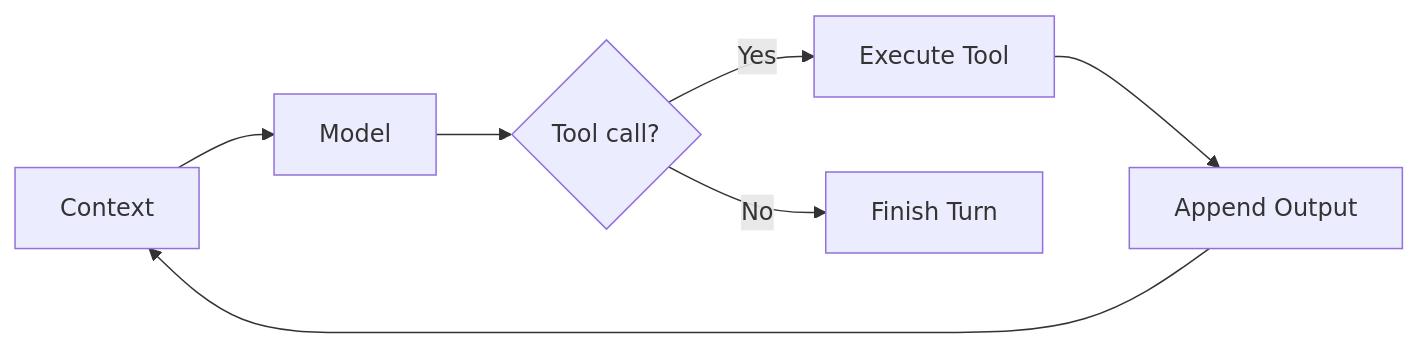
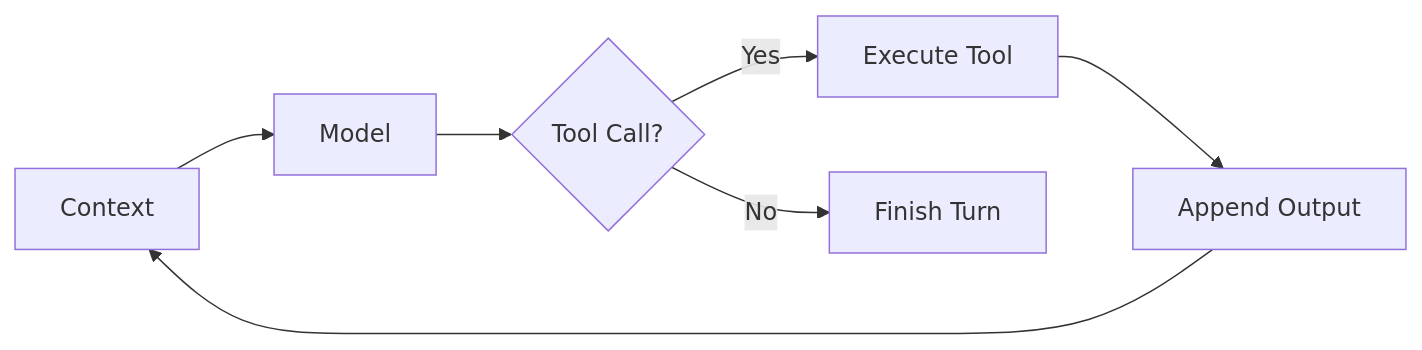
Before and after one commit to indigofeather/harness-book: the sixth of 9 diagrams in docs/comparison/codex-vs-deepseek.md, drawn with Mermaid. The commit also changed other lines of this file and 13 other files, not shown here.

````diff
--- a/docs/comparison/codex-vs-deepseek.md
+++ b/docs/comparison/codex-vs-deepseek.md
@@ -168,9 +157,9 @@
 ```mermaid
 flowchart LR
   C[Context] --> M[Model]
-  M --> A{Tool call?}
+  M --> A{Tool Call?}
   A -->|Yes| T[Execute Tool]
   T --> O[Append Output]
   O --> C
   A -->|No| F[Finish Turn]
 ```
````
